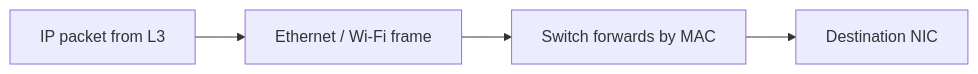
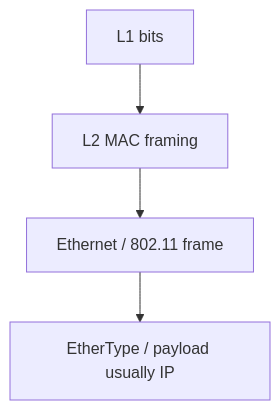
The first of 8 diagrams in learning/04-data-link-layer.md (omnayak27199/pktana), drawn with Mermaid before and after one commit. The commit also changed other lines of this file and 14 other files, not shown here.

````diff
--- a/learning/04-data-link-layer.md
+++ b/learning/04-data-link-layer.md
@@ -11,6 +23,6 @@
 ```mermaid
-flowchart LR
-  Packet[IP packet from L3] --> Frame[Ethernet / Wi‑Fi frame]
-  Frame --> Switch[Switch forwards by MAC]
-  Switch --> NIC[Destination NIC]
+flowchart TB
+  Bits[L1 bits] --> MAC[L2 MAC framing]
+  MAC --> Eth[Ethernet / 802.11 frame]
+  Eth --> Upper[EtherType / payload usually IP]
 ```
````
